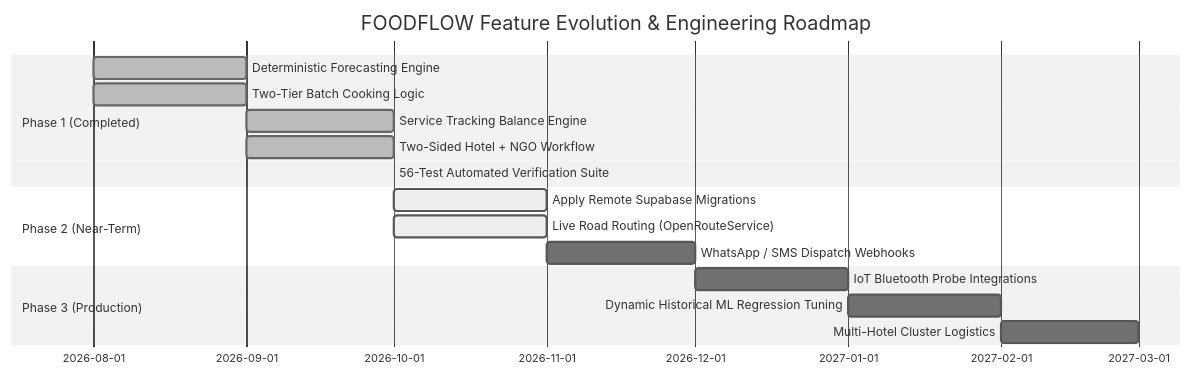
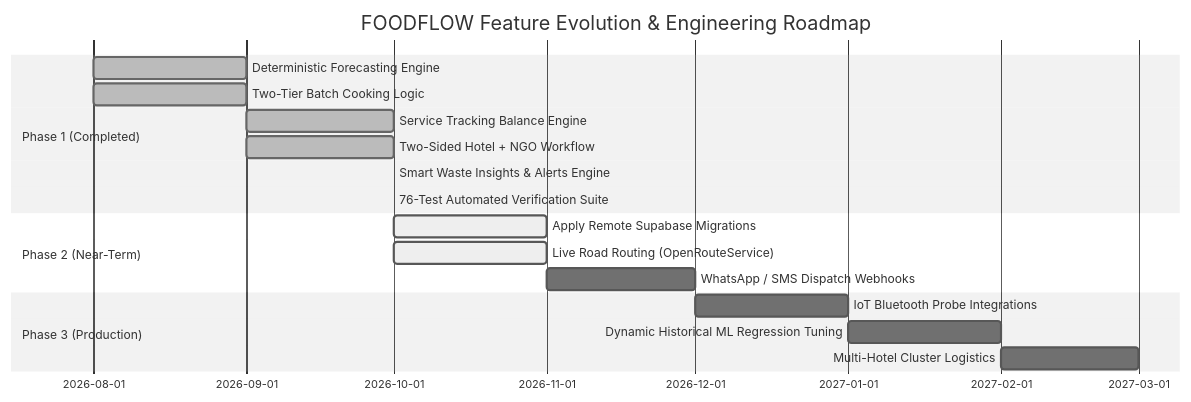
The fourth of 4 diagrams in FOODFLOW_MASTER_DOCUMENTATION.md (sparxweb/vistera-2026), drawn with Mermaid (neutral theme) before and after one commit. The commit also changed other lines of this file and 3 other files, not shown here.

````diff
--- a/FOODFLOW_MASTER_DOCUMENTATION.md
+++ b/FOODFLOW_MASTER_DOCUMENTATION.md
@@ -867,19 +944,20 @@
 ```mermaid
 gantt
     title FOODFLOW Feature Evolution & Engineering Roadmap
     dateFormat  YYYY-MM
     section Phase 1 (Completed)
     Deterministic Forecasting Engine        :done, des1, 2026-08, 2026-09
     Two-Tier Batch Cooking Logic            :done, des2, 2026-08, 2026-09
     Service Tracking Balance Engine         :done, des3, 2026-09, 2026-10
     Two-Sided Hotel + NGO Workflow          :done, des4, 2026-09, 2026-10
-    56-Test Automated Verification Suite    :done, des5, 2026-10, 2026-10
+    Smart Waste Insights & Alerts Engine    :done, des5a, 2026-10, 2026-10
+    76-Test Automated Verification Suite    :done, des5, 2026-10, 2026-10
     section Phase 2 (Near-Term)
     Apply Remote Supabase Migrations        :active, des6, 2026-10, 2026-11
     Live Road Routing (OpenRouteService)    :active, des7, 2026-10, 2026-11
     WhatsApp / SMS Dispatch Webhooks        :des8, 2026-11, 2026-12
     section Phase 3 (Production)
     IoT Bluetooth Probe Integrations        :des9, 2026-12, 2027-01
     Dynamic Historical ML Regression Tuning :des10, 2027-01, 2027-02
     Multi-Hotel Cluster Logistics           :des11, 2027-02, 2027-03
 ```
````
